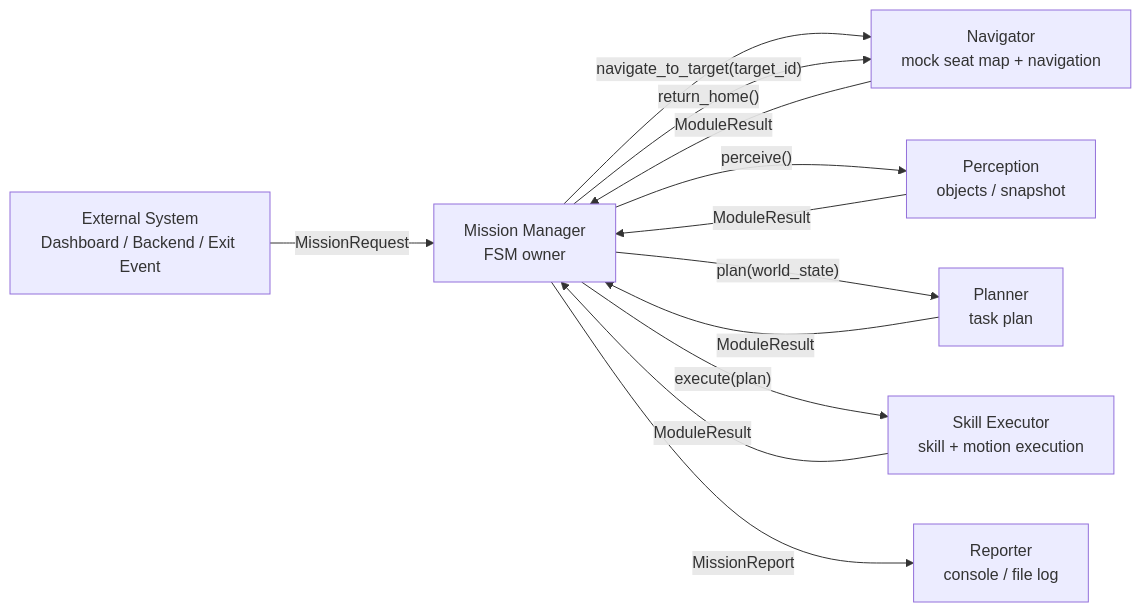
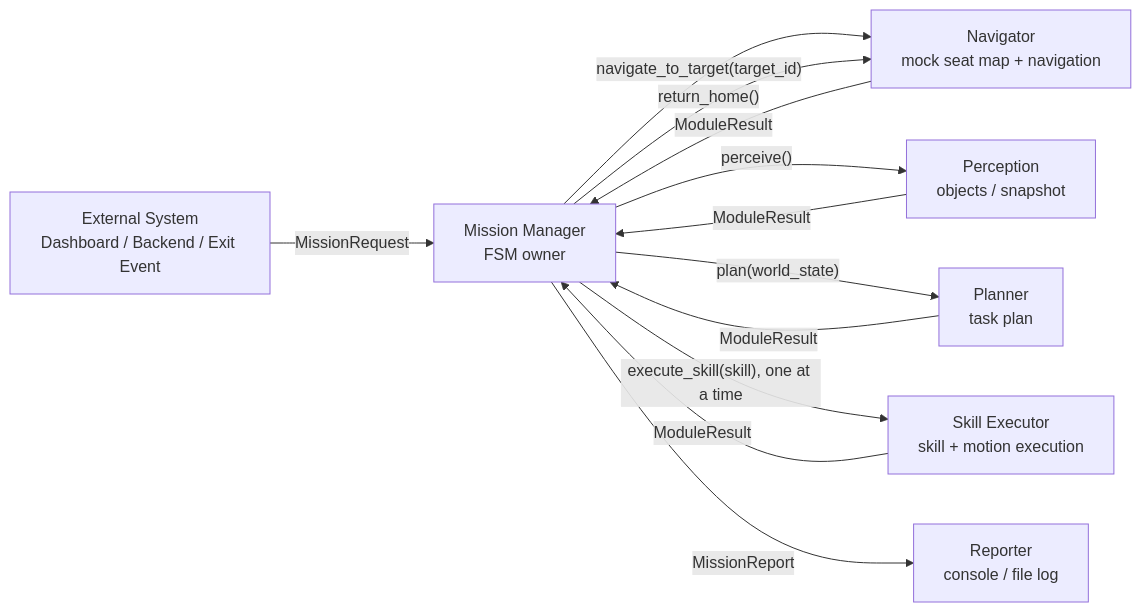
One commit to park-csu/cleany changed the first of 4 diagrams in ros2_ws/src/cleany_mission_manager/README.md. Above: the diagram before and after it, drawn with Mermaid. The commit also changed other lines of this file and 5 other files, not shown here.

````diff
--- a/ros2_ws/src/cleany_mission_manager/README.md
+++ b/ros2_ws/src/cleany_mission_manager/README.md
@@ -25,22 +25,22 @@
 ```mermaid
 flowchart LR
     external["External System<br/>Dashboard / Backend / Exit Event"]
     mm["Mission Manager<br/>FSM owner"]
     nav["Navigator<br/>mock seat map + navigation"]
     perception["Perception<br/>objects / snapshot"]
     planner["Planner<br/>task plan"]
     executor["Skill Executor<br/>skill + motion execution"]
     reporter["Reporter<br/>console / file log"]
 
     external -->|"MissionRequest"| mm
     mm -->|"navigate_to_target(target_id)"| nav
     nav -->|"ModuleResult"| mm
     mm -->|"perceive()"| perception
     perception -->|"ModuleResult"| mm
     mm -->|"plan(world_state)"| planner
     planner -->|"ModuleResult"| mm
-    mm -->|"execute(plan)"| executor
+    mm -->|"execute_skill(skill), one at a time"| executor
     executor -->|"ModuleResult"| mm
     mm -->|"return_home()"| nav
     mm -->|"MissionReport"| reporter
 ```
````
